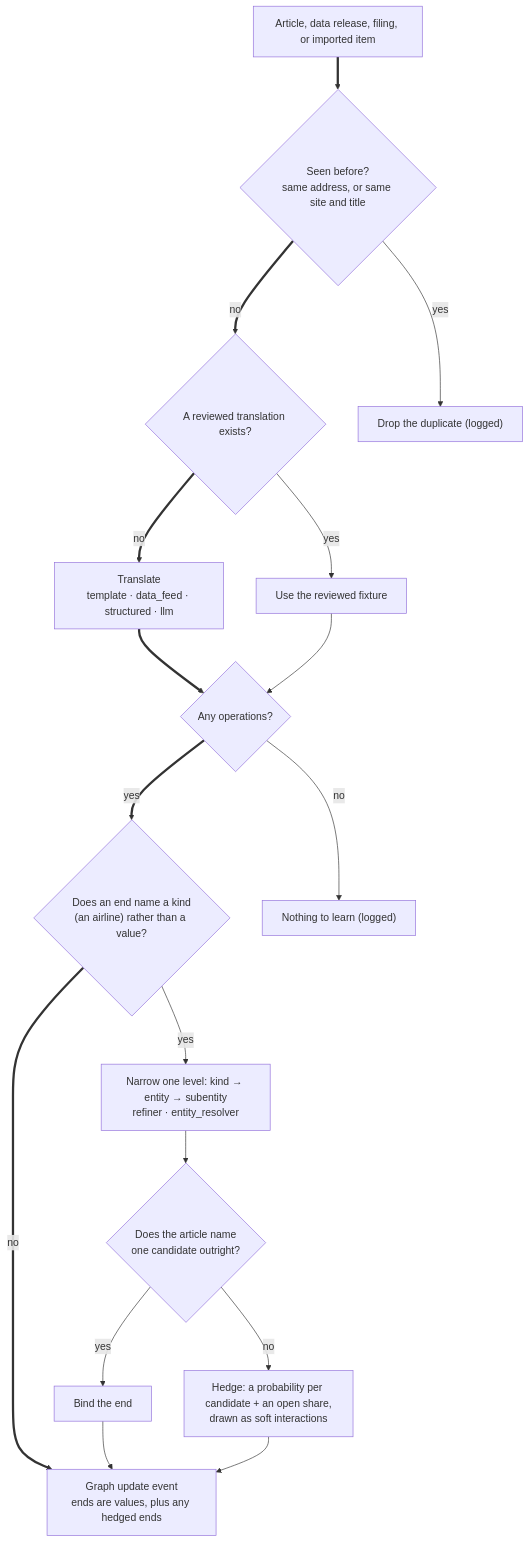
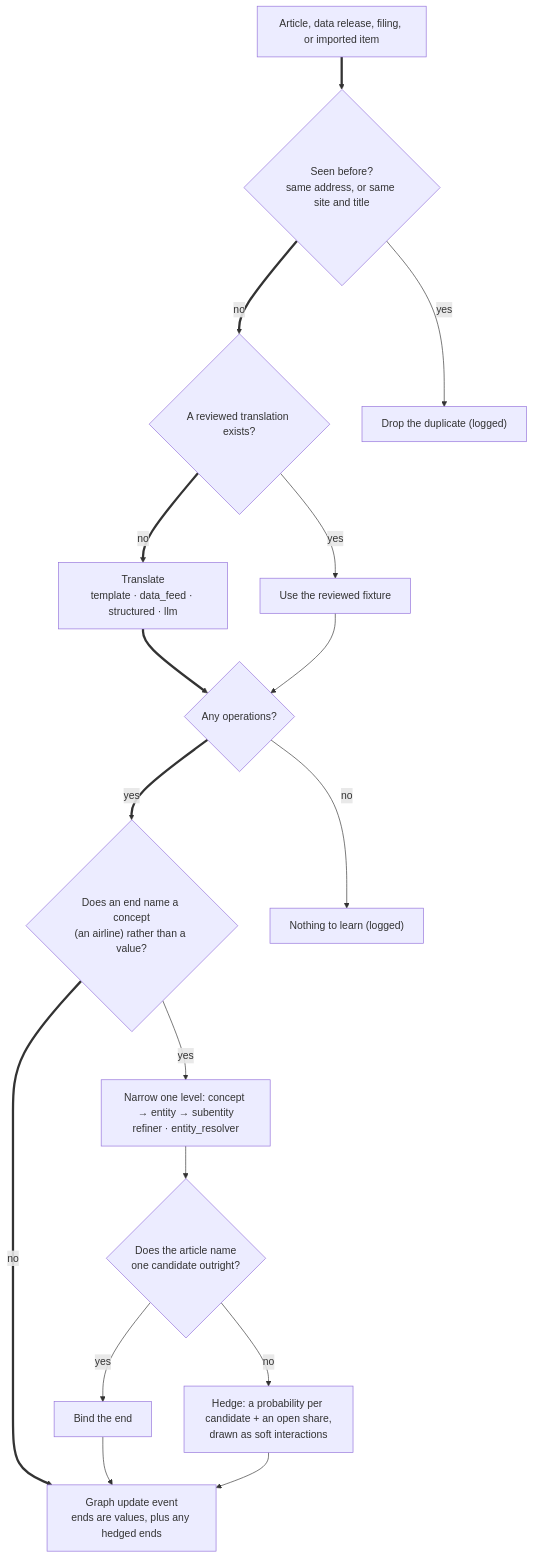
The diagram in docs/design/diagrams/intake-flow.mmd (Axelrod-AI-Engineering/world-model), drawn with Mermaid before and after one commit. The commit also changed 59 other files, not shown here.

First line of the commit message:
Sally polish: a lean transmission path, concept outlines, "concept" for kind, faster forecasts, and a CSS fix

```diff
--- a/docs/design/diagrams/intake-flow.mmd
+++ b/docs/design/diagrams/intake-flow.mmd
@@ -1,17 +1,17 @@
 flowchart TD
   A["Article, data release, filing, or imported item"]:::start ==> D{"Seen before?<br/>same address, or same site and title"}:::check
   D ==>|no| T{"A reviewed translation exists?"}:::check
   T ==>|no| TR["Translate<br/>template · data_feed · structured · llm"]:::step
   TR ==> OPS{"Any operations?"}:::check
-  OPS ==>|yes| K{"Does an end name a kind<br/>(an airline) rather than a value?"}:::check
+  OPS ==>|yes| K{"Does an end name a concept<br/>(an airline) rather than a value?"}:::check
   K ==>|no| OUT["Graph update event<br/>ends are values, plus any hedged ends"]:::done
   D -->|yes| DROP["Drop the duplicate (logged)"]:::done
   T -->|yes| F["Use the reviewed fixture"]:::opt
   F --> OPS
   OPS -->|no| UN["Nothing to learn (logged)"]:::done
-  K -->|yes| N["Narrow one level: kind → entity → subentity<br/>refiner · entity_resolver"]:::opt
+  K -->|yes| N["Narrow one level: concept → entity → subentity<br/>refiner · entity_resolver"]:::opt
   N --> NAMED{"Does the article name<br/>one candidate outright?"}:::check
   NAMED -->|yes| BIND["Bind the end"]:::opt
   NAMED -->|no| HEDGE["Hedge: a probability per candidate + an open share,<br/>drawn as soft interactions"]:::opt
   BIND --> OUT
   HEDGE --> OUT
```
